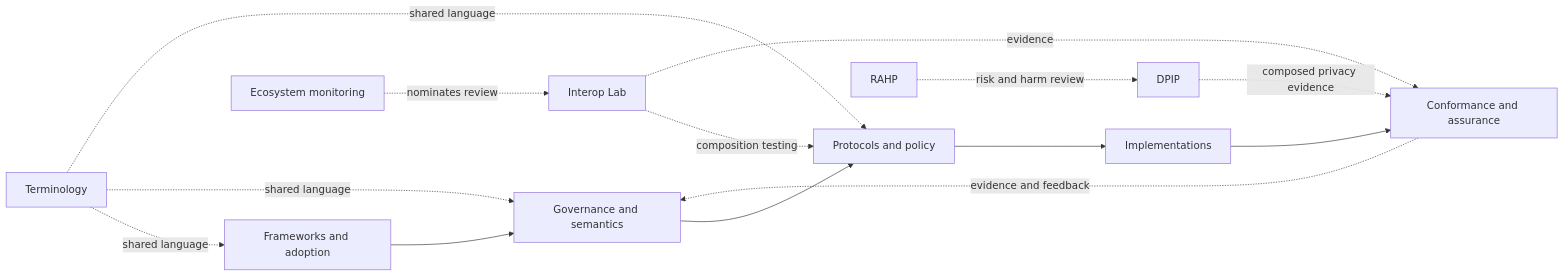
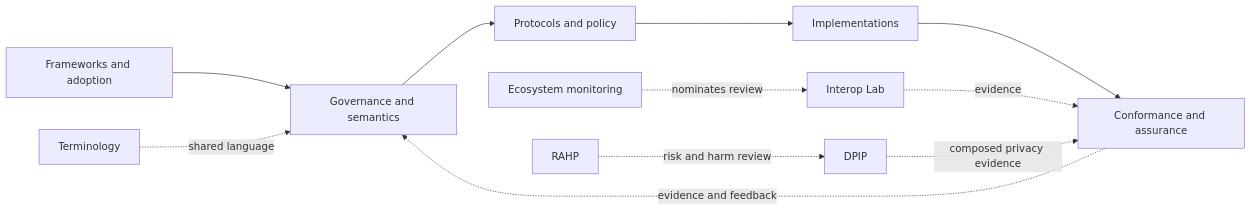
The diagram in README.md (sankarshanmukhopadhyay/sankarshanmukhopadhyay), drawn with Mermaid before and after one commit. The commit also changed other lines of this file and 3 other files, not shown here.

````diff
--- a/README.md
+++ b/README.md
@@ -59,17 +59,13 @@
 ```mermaid
 flowchart LR
     A[Frameworks and adoption] --> B[Governance and semantics]
     B --> C[Protocols and policy]
     C --> D[Implementations]
     D --> E[Conformance and assurance]
     E -. evidence and feedback .-> B
-
-    T[Terminology] -. shared language .-> A
-    T -. shared language .-> B
-    T -. shared language .-> C
-    M[Ecosystem monitoring] -. nominates review .-> I
-    I[Interop Lab] -. composition testing .-> C
+    T[Terminology] -. shared language .-> B
+    M[Ecosystem monitoring] -. nominates review .-> I[Interop Lab]
     I -. evidence .-> E
-    R[RAHP] -. risk and harm review .-> P
-    P[DPIP] -. composed privacy evidence .-> E
+    R[RAHP] -. risk and harm review .-> P[DPIP]
+    P -. composed privacy evidence .-> E
 ```
````
